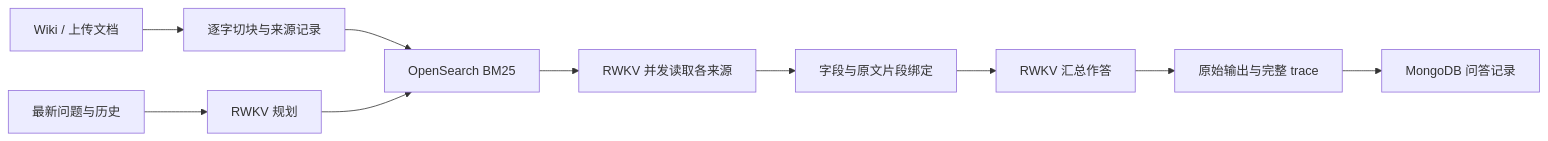
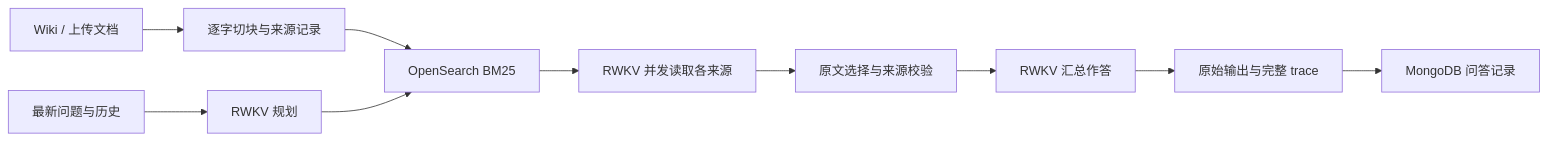
Before and after one commit to chenqi2013/rwkvrag: the diagram in README.md, drawn with Mermaid. The commit also changed other lines of this file and 18 other files, not shown here.

````diff
--- a/README.md
+++ b/README.md
@@ -7,12 +7,12 @@
 ```mermaid
 flowchart LR
   D[Wiki / 上传文档] --> C[逐字切块与来源记录]
   C --> B[OpenSearch BM25]
   Q[最新问题与历史] --> P[RWKV 规划]
   P --> B
   B --> R[RWKV 并发读取各来源]
-  R --> E[字段与原文片段绑定]
+  R --> E[原文选择与来源校验]
   E --> W[RWKV 汇总作答]
   W --> A[原始输出与完整 trace]
   A --> M[MongoDB 问答记录]
 ```
````
